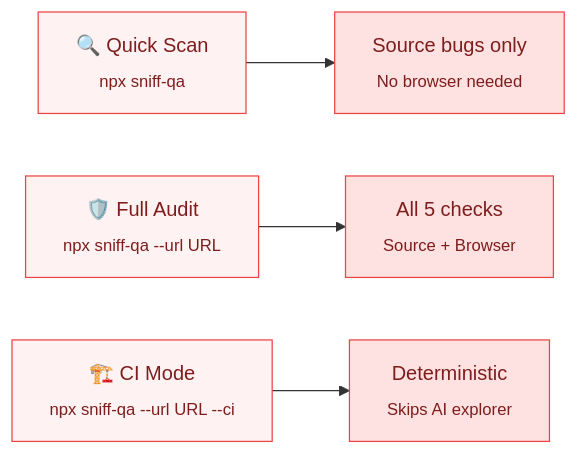
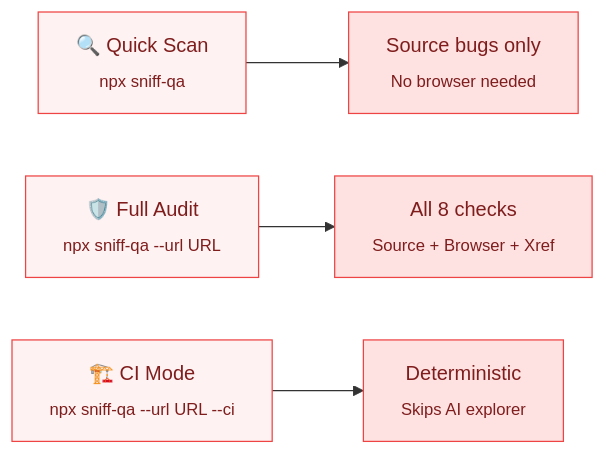
The diagram in README.md (Aboudjem/sniff), drawn with Mermaid before and after one commit. The commit also changed other lines of this file and 21 other files, not shown here.

````diff
--- a/README.md
+++ b/README.md
@@ -66,13 +66,13 @@
 ```mermaid
 graph LR
     A["🔍 Quick Scan<br/><sub>npx sniff-qa</sub>"] --> B["Source bugs only<br/><sub>No browser needed</sub>"]
-    C["🛡️ Full Audit<br/><sub>npx sniff-qa --url URL</sub>"] --> D["All 5 checks<br/><sub>Source + Browser</sub>"]
+    C["🛡️ Full Audit<br/><sub>npx sniff-qa --url URL</sub>"] --> D["All 8 checks<br/><sub>Source + Browser + Xref</sub>"]
     E["🏗️ CI Mode<br/><sub>npx sniff-qa --url URL --ci</sub>"] --> F["Deterministic<br/><sub>Skips AI explorer</sub>"]
 
     style A fill:#fef2f2,stroke:#ef4444,color:#7f1d1d
     style B fill:#fee2e2,stroke:#ef4444,color:#7f1d1d
     style C fill:#fef2f2,stroke:#ef4444,color:#7f1d1d
     style D fill:#fee2e2,stroke:#ef4444,color:#7f1d1d
     style E fill:#fef2f2,stroke:#ef4444,color:#7f1d1d
     style F fill:#fee2e2,stroke:#ef4444,color:#7f1d1d
 ```
````
